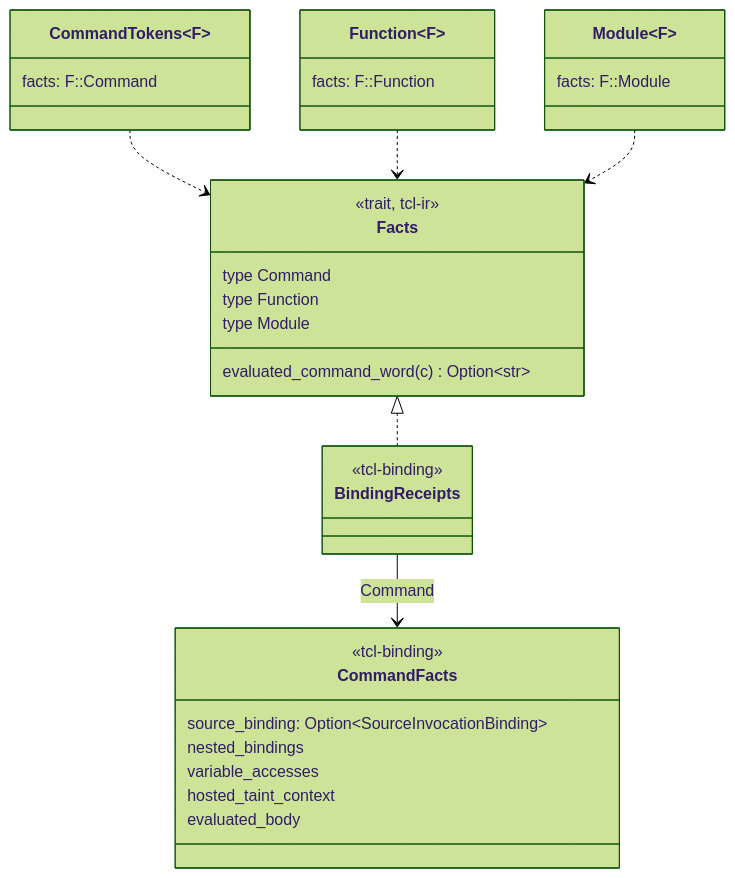
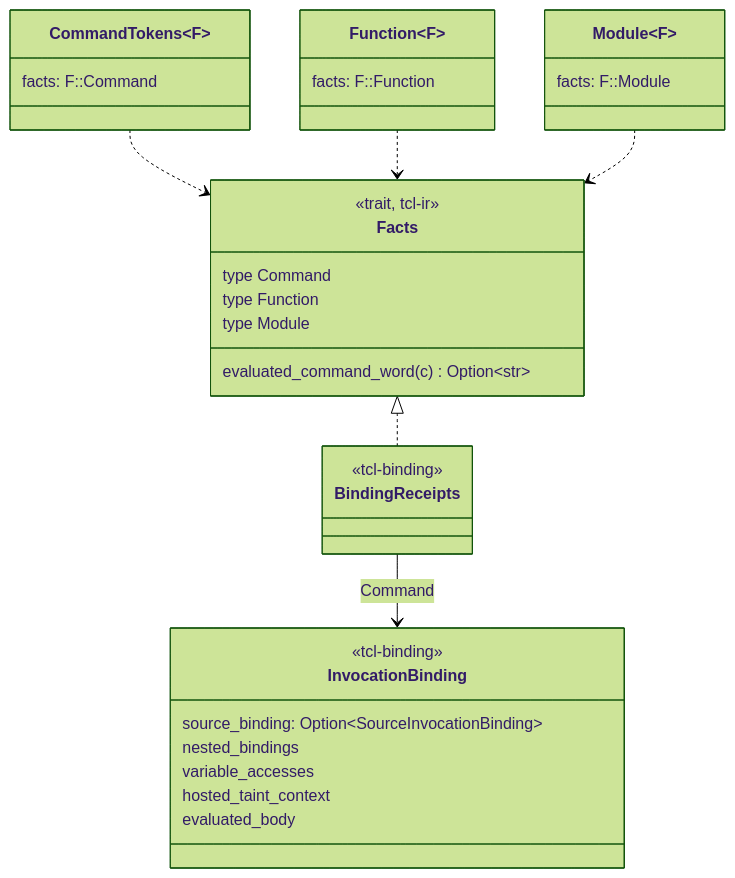
The diagram in docs/design/compiler/crate-split/06-tcl-ir.md (bitwisecook/tcl-lsp), drawn with Mermaid (forest theme) before and after one commit. The commit also changed other lines of this file and 17 other files, not shown here.

````diff
--- a/docs/design/compiler/crate-split/06-tcl-ir.md
+++ b/docs/design/compiler/crate-split/06-tcl-ir.md
@@ -115,35 +115,35 @@
 ```mermaid
 classDiagram
   class Facts {
     <<trait, tcl-ir>>
     type Command
     type Function
     type Module
     evaluated_command_word(c) Option~str~
   }
   class CommandTokens~F~ {
     facts: F::Command
   }
   class Function~F~ {
     facts: F::Function
   }
   class Module~F~ {
     facts: F::Module
   }
   class BindingReceipts {
     <<tcl-binding>>
   }
-  class CommandFacts {
+  class InvocationBinding {
     <<tcl-binding>>
     source_binding: Option~SourceInvocationBinding~
     nested_bindings
     variable_accesses
     hosted_taint_context
     evaluated_body
   }
   CommandTokens ..> Facts
   Function ..> Facts
   Module ..> Facts
   Facts <|.. BindingReceipts
-  BindingReceipts --> CommandFacts : Command
+  BindingReceipts --> InvocationBinding : Command
 ```
````
